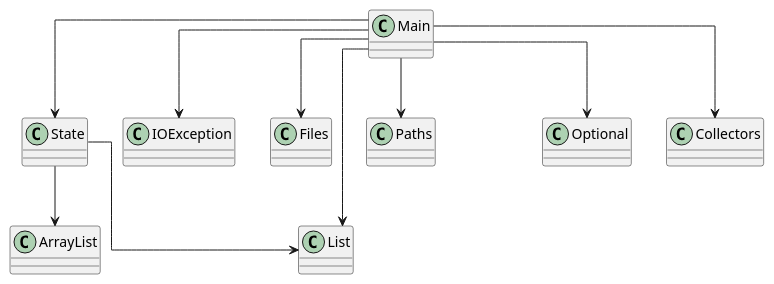
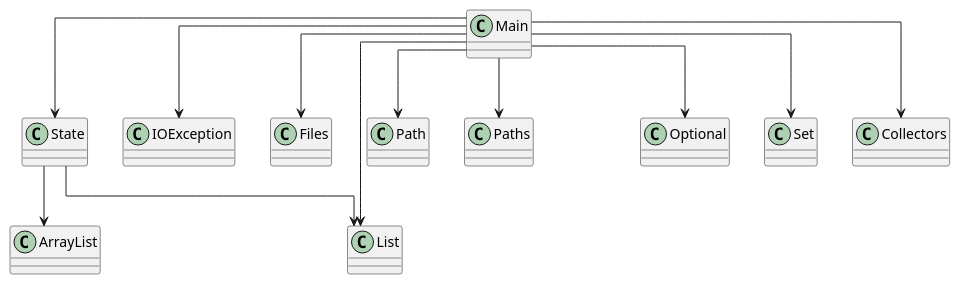
Before and after one commit to SirMathhman/Magma: the diagram in diagram.puml, drawn with PlantUML. The commit also changed 1 other file, not shown here.

```diff
--- a/diagram.puml
+++ b/diagram.puml
@@ -1,14 +1,16 @@
 @startuml
 skinparam linetype ortho
 class Main
 Main --> State
 Main --> IOException
 Main --> Files
+Main --> Path
 Main --> Paths
 Main --> List
 Main --> Optional
+Main --> Set
 Main --> Collectors
 class State
 State --> ArrayList
 State --> List
 @enduml
```
